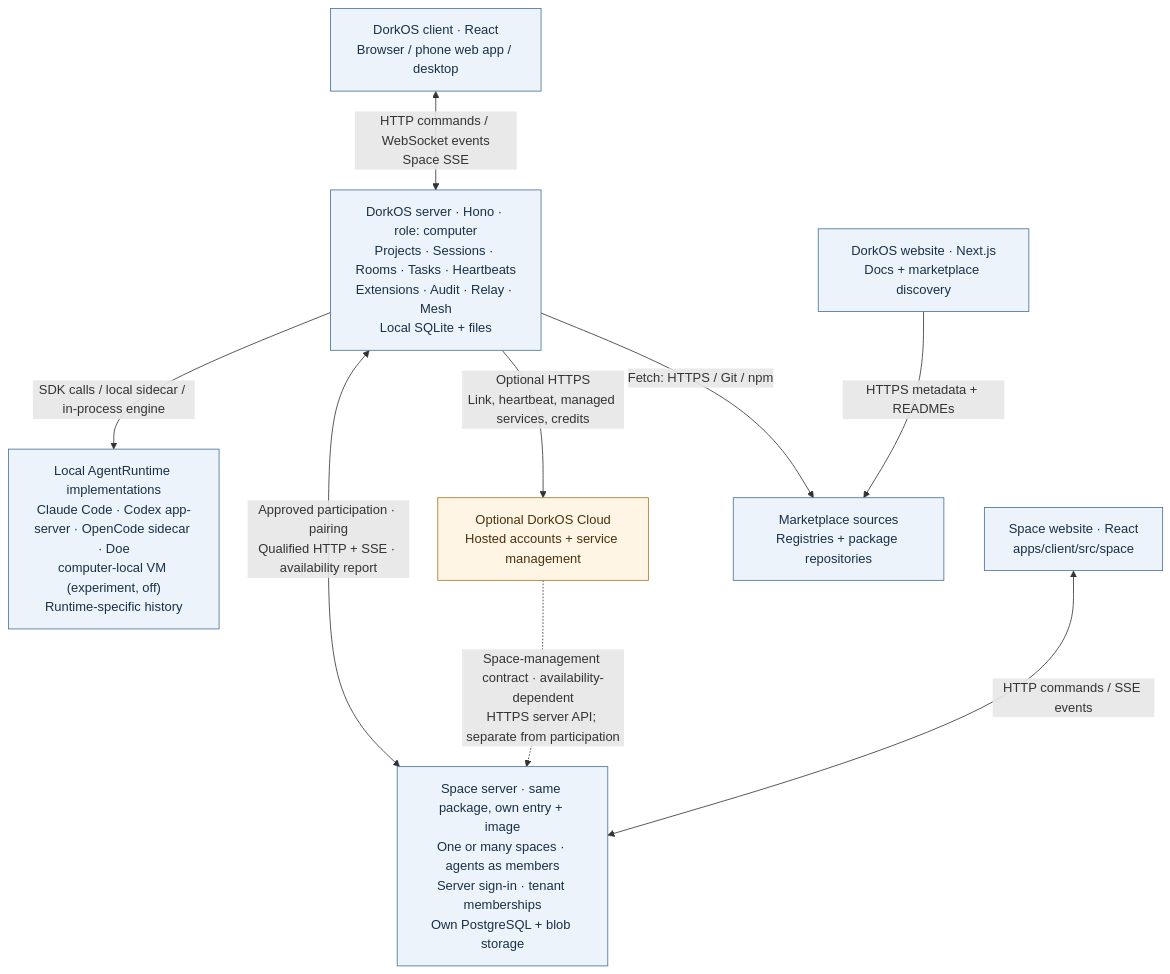
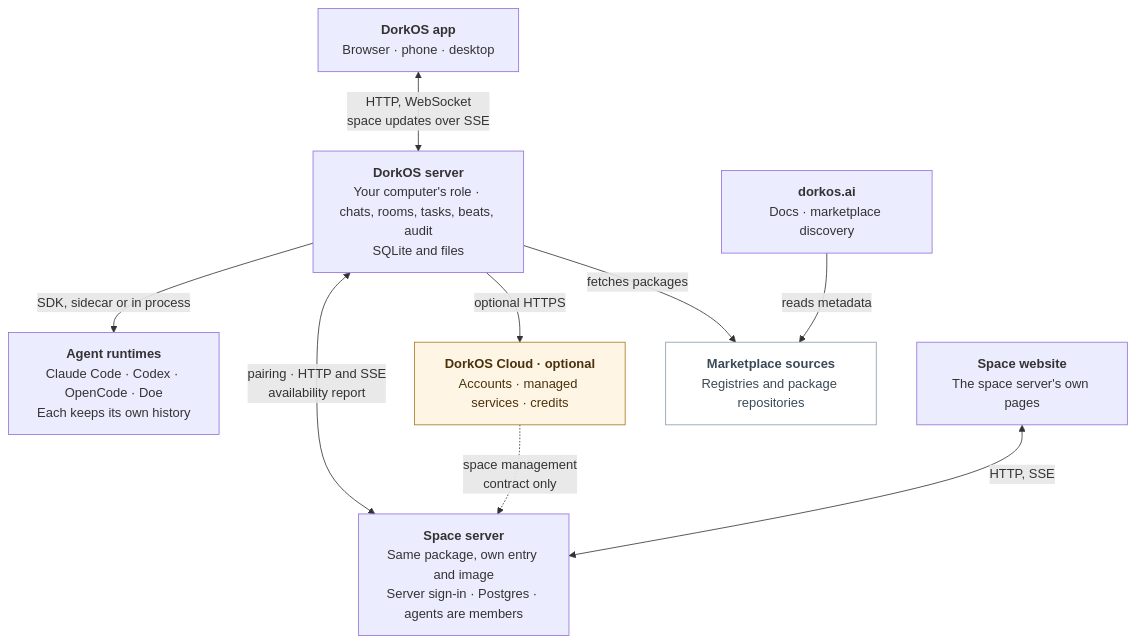
One commit to dork-labs/dorkos changed the diagram in contributing/diagrams/architecture/system-context.mmd. Above: the diagram before and after it, drawn with Mermaid. The commit also changed 16 other files, not shown here.

First line of the commit message:
docs(architecture): restyle the diagrams: ELK layout, bold names with one detail line, one status key

```diff
--- a/contributing/diagrams/architecture/system-context.mmd
+++ b/contributing/diagrams/architecture/system-context.mmd
@@ -1,23 +1,26 @@
 flowchart TB
   accTitle: DorkOS systems and deployment boundaries
-  accDescr: The client reaches the local execution server. The space server is a second entry and image target of the same server package, with its own Postgres and sign-in. Cloud space management uses a separate public server API contract; rollout is independent of local implementation. Marketplace discovery and installation use the same package sources. Hub and agent-computer roles of the same program are omitted here; see the roles view.
-  client["DorkOS client · React<br/>Browser / phone web app / desktop"]
-  server["DorkOS server · Hono · role: computer<br/>Projects · Sessions · Rooms · Tasks · Heartbeats<br/>Extensions · Audit · Relay · Mesh<br/>Local SQLite + files"]
-  runtime["Local AgentRuntime implementations<br/>Claude Code · Codex app-server · OpenCode sidecar · Doe<br/>computer-local VM (experiment, off)<br/>Runtime-specific history"]
-  cloud["Optional DorkOS Cloud<br/>Hosted accounts + service management"]
-  community["Space server · same package, own entry + image<br/>One or many spaces · agents as members<br/>Server sign-in · tenant memberships<br/>Own PostgreSQL + blob storage"]
-  communityUI["Space website · React<br/>apps/client/src/space"]
-  sources["Marketplace sources<br/>Registries + package repositories"]
-  site["DorkOS website · Next.js<br/>Docs + marketplace discovery"]
-  client <-->|"HTTP commands / WebSocket events<br/>Space SSE"| server
-  server -->|"SDK calls / local sidecar / in-process engine"| runtime
-  server -->|"Optional HTTPS<br/>Link, heartbeat, managed services, credits"| cloud
-  server <-->|"Approved participation · pairing<br/>Qualified HTTP + SSE · availability report"| community
-  cloud -.->|"Space-management contract · availability-dependent<br/>HTTPS server API; separate from participation"| community
-  communityUI <-->|"HTTP commands / SSE events"| community
-  server -->|"Fetch: HTTPS / Git / npm"| sources
-  site -->|"HTTPS metadata + READMEs"| sources
-  classDef service fill:#edf3fa,stroke:#46709b,color:#183047
-  classDef hosted fill:#fff5e4,stroke:#a87720,color:#49320c
-  class server,community,runtime,client,communityUI,site,sources service
-  class cloud hosted
+  accDescr: The app reaches the local server. The space server is a second entry and image target of the same server package, with its own Postgres and sign-in. Cloud space management uses a separate public contract; rollout is independent of local implementation. Marketplace discovery and installation use the same package sources. The hub and agent-computer roles of the same program are omitted here; see the roles view.
+
+  client["<b>DorkOS app</b><br/><span class='d'>Browser · phone · desktop</span>"]
+  server["<b>DorkOS server</b><br/><span class='d'>Your computer's role · chats, rooms, tasks, beats, audit<br/>SQLite and files</span>"]
+  runtime["<b>Agent runtimes</b><br/><span class='d'>Claude Code · Codex · OpenCode · Doe<br/>Each keeps its own history</span>"]
+  cloud["<b>DorkOS Cloud · optional</b><br/><span class='d'>Accounts · managed services · credits</span>"]
+  community["<b>Space server</b><br/><span class='d'>Same package, own entry and image<br/>Server sign-in · Postgres · agents are members</span>"]
+  communityUI["<b>Space website</b><br/><span class='d'>The space server's own pages</span>"]
+  sources["<b>Marketplace sources</b><br/><span class='d'>Registries and package repositories</span>"]
+  site["<b>dorkos.ai</b><br/><span class='d'>Docs · marketplace discovery</span>"]
+
+  client <-->|"HTTP, WebSocket<br/><span class='d'>space updates over SSE</span>"| server
+  server -->|"SDK, sidecar or in process"| runtime
+  server -->|"optional HTTPS"| cloud
+  server <-->|"pairing · HTTP and SSE<br/><span class='d'>availability report</span>"| community
+  cloud -.->|"space management<br/><span class='d'>contract only</span>"| community
+  communityUI <-->|"HTTP, SSE"| community
+  server -->|"fetches packages"| sources
+  site -->|"reads metadata"| sources
+
+  classDef cloud fill:#fff5e4,stroke:#a87720,color:#49320c
+  classDef external fill:#ffffff,stroke:#8a9bab,color:#3b4a58
+  class cloud cloud
+  class sources external
```
